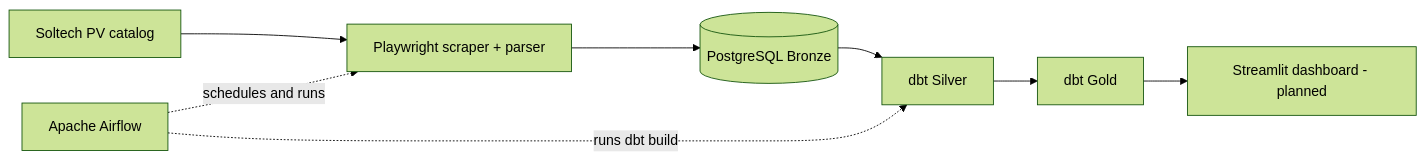
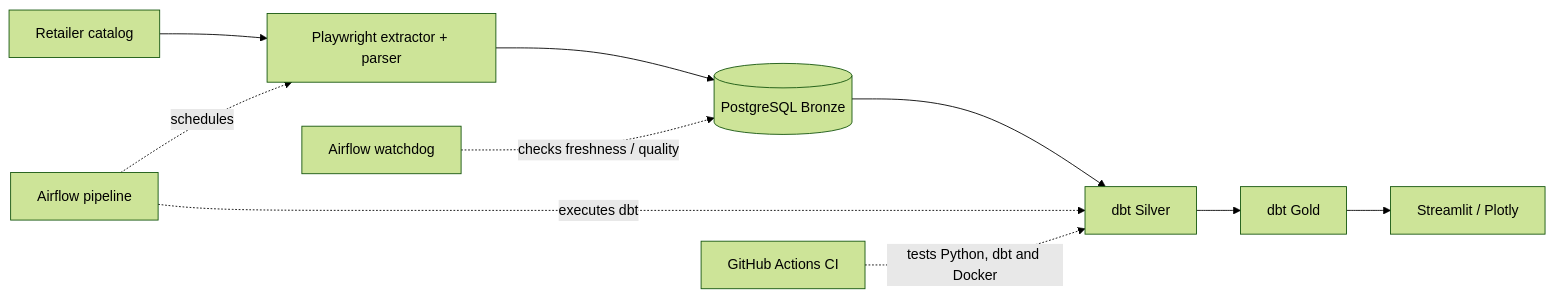
One commit to Dragozden/E2E-Solar-Scrapper changed the diagram in README.md. Above: the diagram before and after it, drawn with Mermaid (forest theme). The commit also changed other lines of this file and 6 other files, not shown here.

````diff
--- a/README.md
+++ b/README.md
@@ -17,10 +34,12 @@
 ```mermaid
 flowchart LR
-  Shop[Soltech PV catalog] --> Scraper[Playwright scraper + parser]
-  Scraper --> Bronze[(PostgreSQL Bronze)]
-  Bronze --> Silver[dbt Silver]
-  Silver --> Gold[dbt Gold]
-  Gold --> Dashboard[Streamlit dashboard - planned]
-  Airflow[Apache Airflow] -. schedules and runs .-> Scraper
-  Airflow -. runs dbt build .-> Silver
+    S[Retailer catalog] --> E[Playwright extractor + parser]
+    E --> B[(PostgreSQL Bronze)]
+    B --> T[dbt Silver]
+    T --> G[dbt Gold]
+    G --> U[Streamlit / Plotly]
+    A[Airflow pipeline] -. schedules .-> E
+    A -. executes dbt .-> T
+    W[Airflow watchdog] -. checks freshness / quality .-> B
+    C[GitHub Actions CI] -. tests Python, dbt and Docker .-> T
 ```
````
